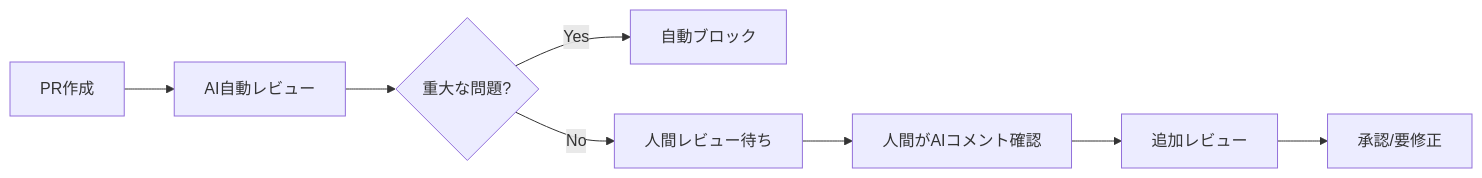
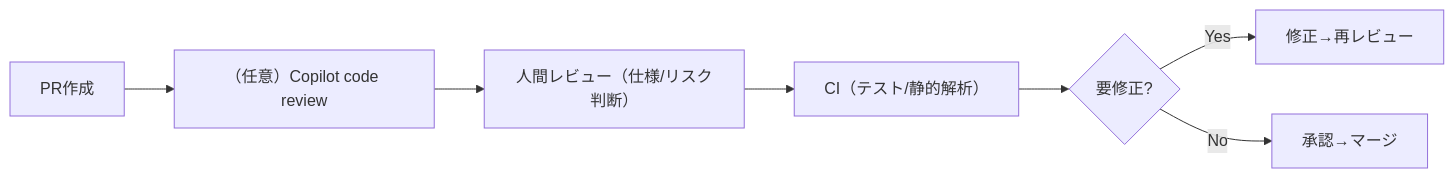
The diagram in docs/chapters/chapter07/index.md (itdojp/github-workflow-book), drawn with Mermaid before and after one commit. The commit also changed other lines of this file and 9 other files, not shown here.

Commit message:
Issue #143 P0: Copilot/agent/code review 更新

````diff
--- a/docs/chapters/chapter07/index.md
+++ b/docs/chapters/chapter07/index.md
@@ -241,10 +217,9 @@
 ```mermaid
 graph LR
-    A[PR作成] --> B[AI自動レビュー]
-    B --> C{重大な問題?}
-    C -->|Yes| D[自動ブロック]
-    C -->|No| E[人間レビュー待ち]
-    E --> F[人間がAIコメント確認]
-    F --> G[追加レビュー]
-    G --> H[承認/要修正]
+    A[PR作成] --> B[（任意）Copilot code review]
+    B --> C[人間レビュー（仕様/リスク判断）]
+    C --> D[CI（テスト/静的解析）]
+    D --> E{要修正?}
+    E -->|Yes| F[修正→再レビュー]
+    E -->|No| G[承認→マージ]
 ```
````
